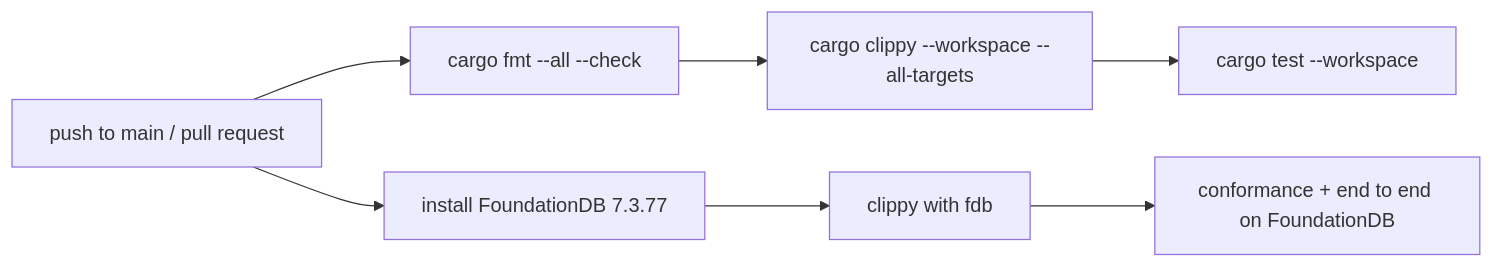
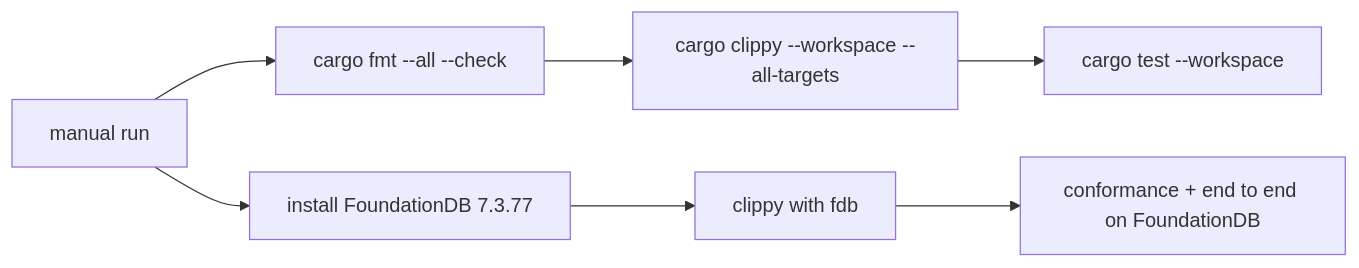
Before and after one commit to envoy1084/rill: the diagram in architecture/09-engineering/development.md, drawn with Mermaid. The commit also changed other lines of this file and 2 other files, not shown here.

Commit message:
ci: run only when triggered by hand

````diff
--- a/architecture/09-engineering/development.md
+++ b/architecture/09-engineering/development.md
@@ -131,9 +134,9 @@
 ```mermaid
 flowchart LR
-    Trig[push to main / pull request] --> Fmt[cargo fmt --all --check]
+    Trig[manual run] --> Fmt[cargo fmt --all --check]
     Fmt --> Clippy[cargo clippy --workspace --all-targets]
     Clippy --> Test[cargo test --workspace]
     Trig --> Install[install FoundationDB 7.3.77]
     Install --> FClippy[clippy with fdb]
     FClippy --> FTest[conformance + end to end on FoundationDB]
 ```
````
